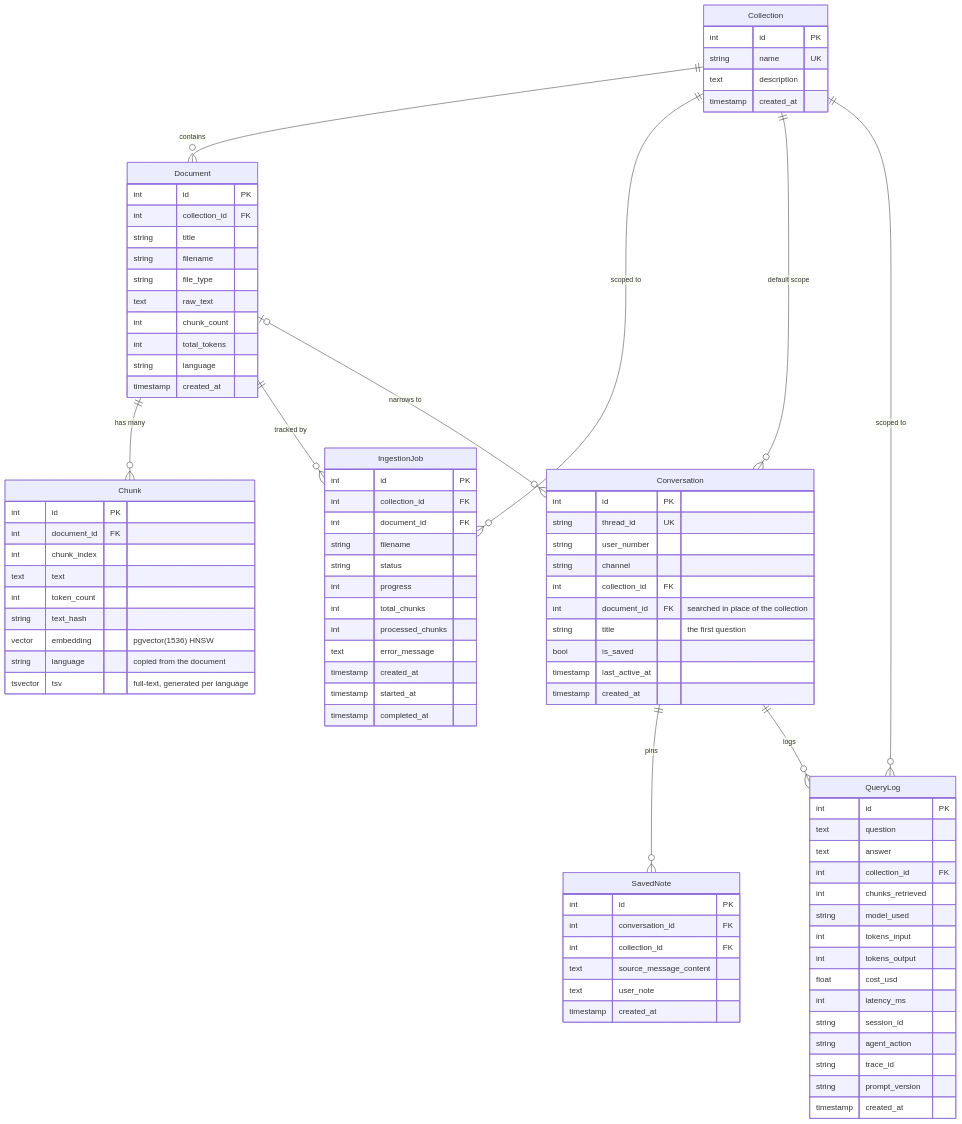
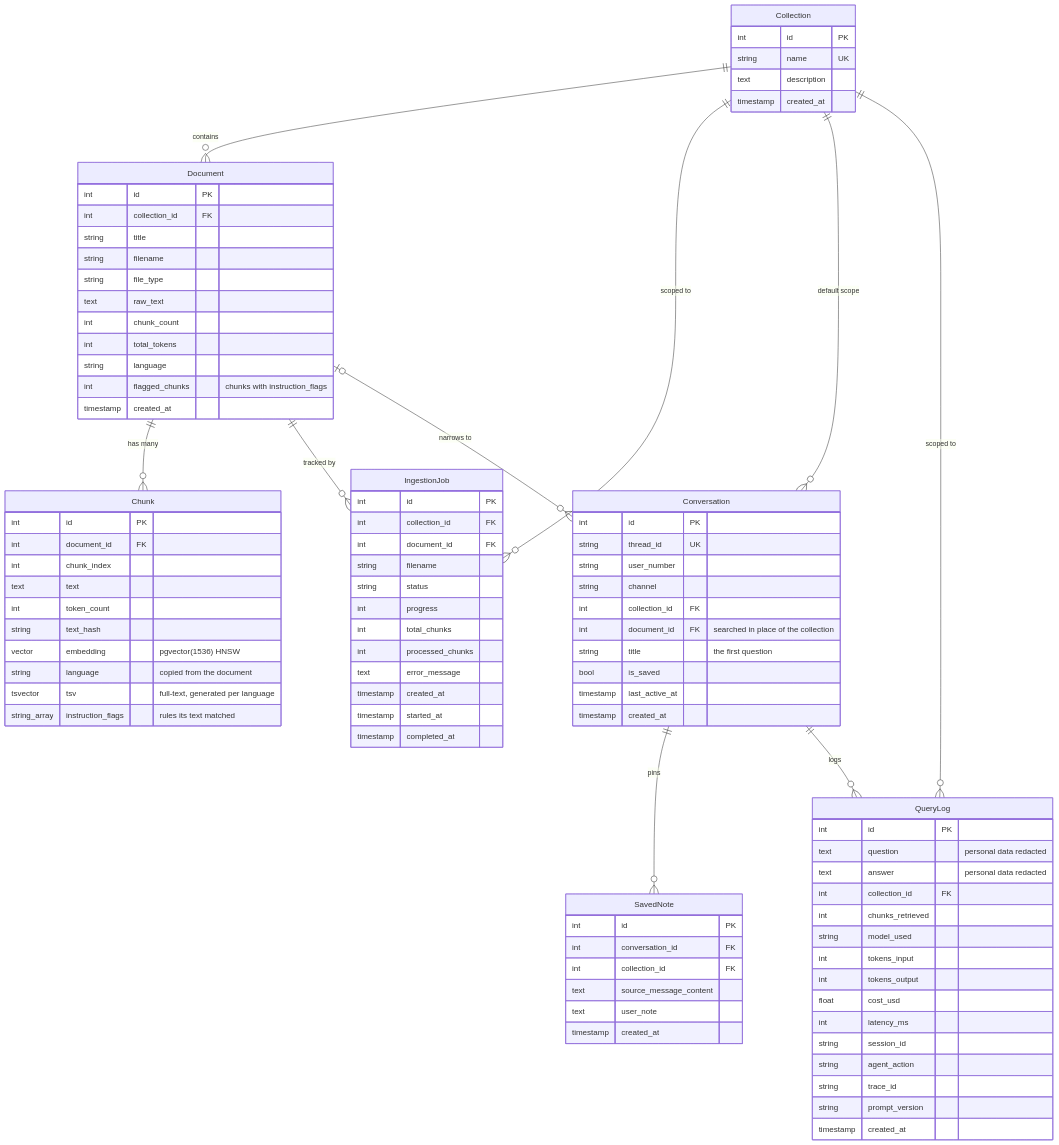
One commit to FrancoCazal/WhisperDocs changed the fourth of 4 diagrams in ARCHITECTURE.md. Above: the diagram before and after it, drawn with Mermaid. The commit also changed other lines of this file and 19 other files, not shown here.

First line of the commit message:
feat(guardrails): flag instruction-like text at ingestion, and no personal data in the query log

```diff
--- a/ARCHITECTURE.md
+++ b/ARCHITECTURE.md
@@ -244,6 +244,7 @@
     int chunk_count
     int total_tokens
     string language
+    int flagged_chunks "chunks with instruction_flags"
     timestamp created_at
   }
 
@@ -257,6 +258,7 @@
     vector embedding "pgvector(1536) HNSW"
     string language "copied from the document"
     tsvector tsv "full-text, generated per language"
+    string_array instruction_flags "rules its text matched"
   }
 
   IngestionJob {
@@ -289,8 +291,8 @@
 
   QueryLog {
     int id PK
-    text question
-    text answer
+    text question "personal data redacted"
+    text answer "personal data redacted"
     int collection_id FK
     int chunks_retrieved
     string model_used
```
